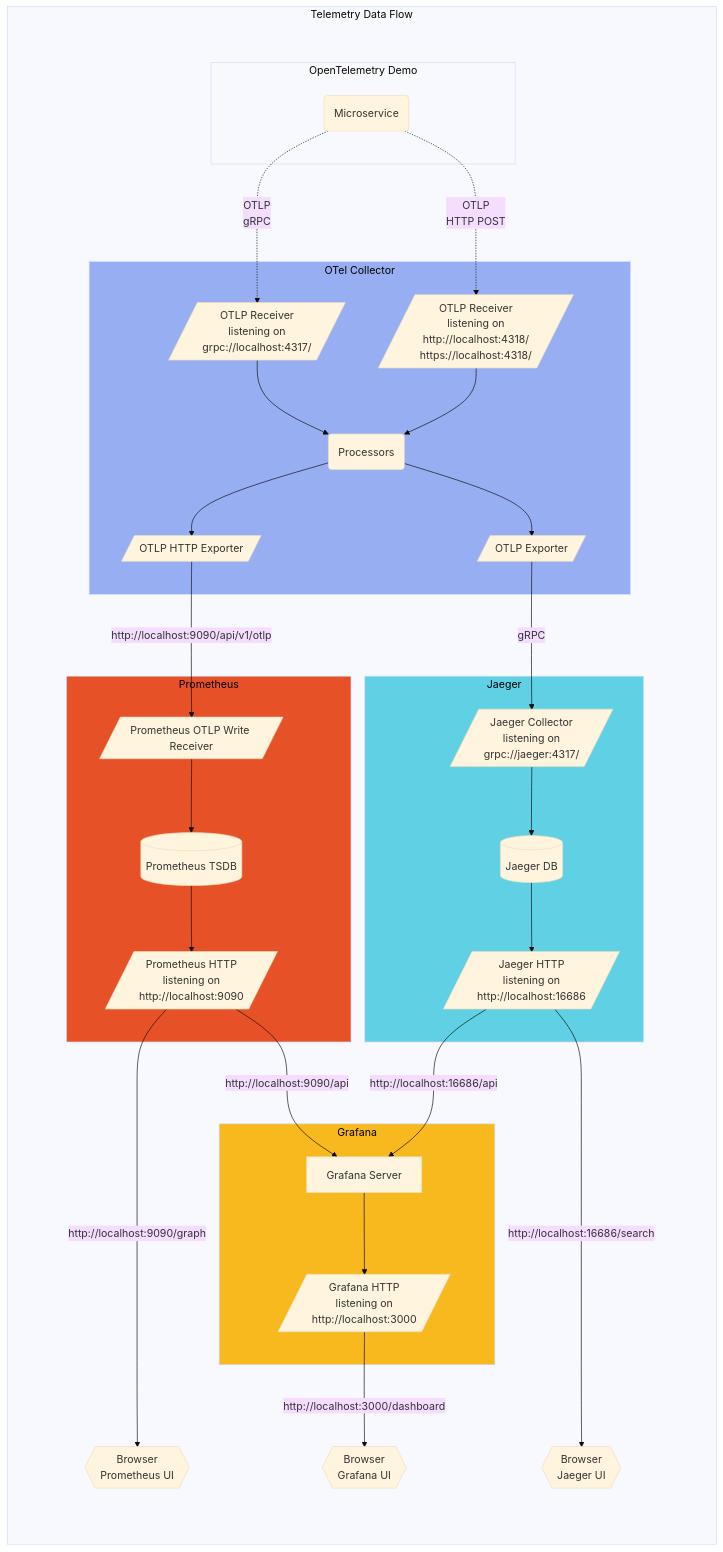
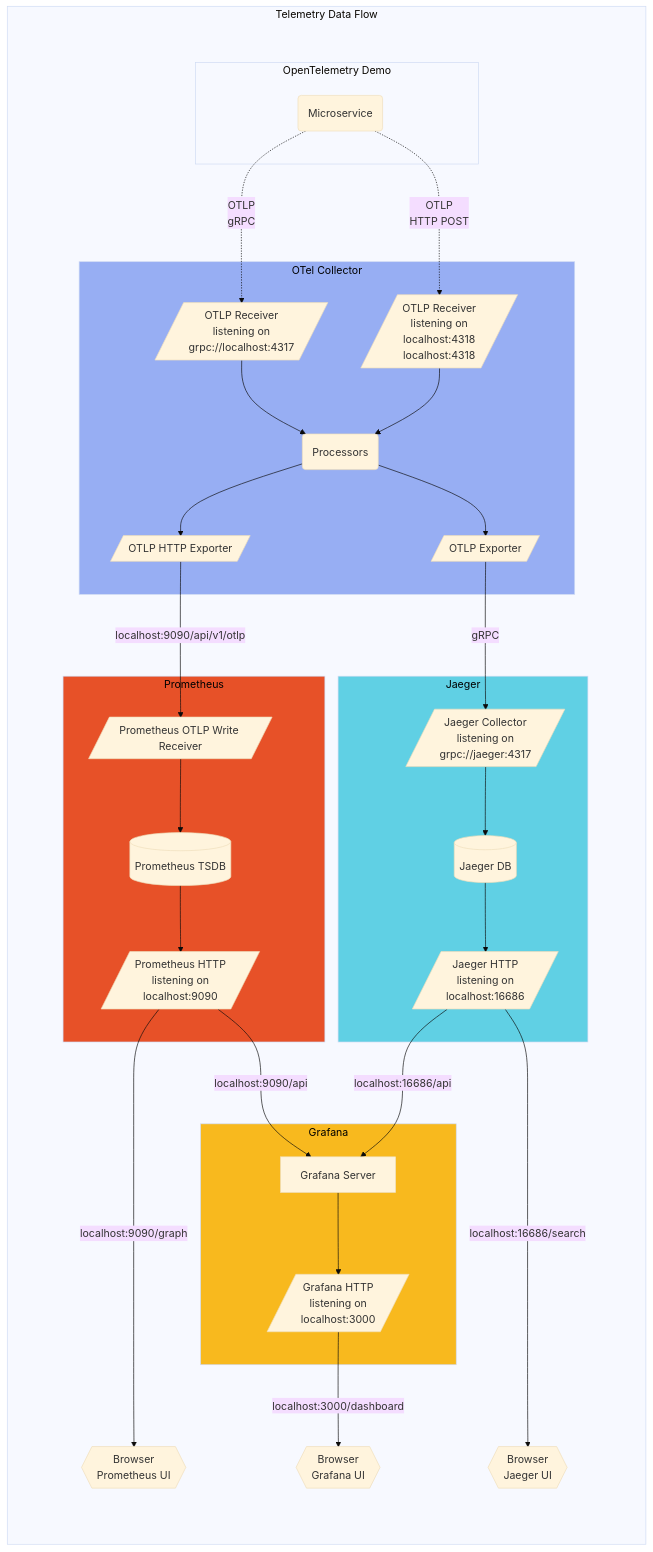
Before and after one commit to open-telemetry/opentelemetry.io: the third of 3 diagrams in content/en/docs/demo/architecture.md, drawn with Mermaid (base theme).

Commit message:
Update architecture.md to remove incompatible link notation from diagram

````diff
--- a/content/en/docs/demo/architecture.md
+++ b/content/en/docs/demo/architecture.md
@@ -116,73 +116,73 @@
 ```mermaid
 graph TB
 subgraph tdf[Telemetry Data Flow]
     subgraph subgraph_padding [ ]
         style subgraph_padding fill:none,stroke:none;
         %% padding to stop the titles clashing
         subgraph od[OpenTelemetry Demo]
         ms(Microservice)
         end
 
         ms -.->|"OTLP<br/>gRPC"| oc-grpc
         ms -.->|"OTLP<br/>HTTP POST"| oc-http
 
         subgraph oc[OTel Collector]
             style oc fill:#97aef3,color:black;
-            oc-grpc[/"OTLP Receiver<br/>listening on<br/>grpc://localhost:4317/"/]
-            oc-http[/"OTLP Receiver<br/>listening on <br/>http://localhost:4318/<br/>https://localhost:4318/"/]
+            oc-grpc[/"OTLP Receiver<br/>listening on<br/>grpc://localhost:4317"/]
+            oc-http[/"OTLP Receiver<br/>listening on <br/>localhost:4318<br/>localhost:4318"/]
             oc-proc(Processors)
             oc-prom[/"OTLP HTTP Exporter"/]
             oc-otlp[/"OTLP Exporter"/]
 
             oc-grpc --> oc-proc
             oc-http --> oc-proc
 
             oc-proc --> oc-prom
             oc-proc --> oc-otlp
         end
 
-        oc-prom -->|"http://localhost:9090/api/v1/otlp"| pr-sc
+        oc-prom -->|"localhost:9090/api/v1/otlp"| pr-sc
         oc-otlp -->|gRPC| ja-col
 
         subgraph pr[Prometheus]
             style pr fill:#e75128,color:black;
             pr-sc[/"Prometheus OTLP Write Receiver"/]
             pr-tsdb[(Prometheus TSDB)]
-            pr-http[/"Prometheus HTTP<br/>listening on<br/>http://localhost:9090"/]
+            pr-http[/"Prometheus HTTP<br/>listening on<br/>localhost:9090"/]
 
             pr-sc --> pr-tsdb
             pr-tsdb --> pr-http
         end
 
         pr-b{{"Browser<br/>Prometheus UI"}}
-        pr-http ---->|"http://localhost:9090/graph"| pr-b
+        pr-http ---->|"localhost:9090/graph"| pr-b
 
         subgraph ja[Jaeger]
             style ja fill:#60d0e4,color:black;
-            ja-col[/"Jaeger Collector<br/>listening on<br/>grpc://jaeger:4317/"/]
+            ja-col[/"Jaeger Collector<br/>listening on<br/>grpc://jaeger:4317"/]
             ja-db[(Jaeger DB)]
-            ja-http[/"Jaeger HTTP<br/>listening on<br/>http://localhost:16686"/]
+            ja-http[/"Jaeger HTTP<br/>listening on<br/>localhost:16686"/]
 
             ja-col --> ja-db
             ja-db --> ja-http
         end
 
         subgraph gr[Grafana]
             style gr fill:#f8b91e,color:black;
             gr-srv["Grafana Server"]
-            gr-http[/"Grafana HTTP<br/>listening on<br/>http://localhost:3000"/]
+            gr-http[/"Grafana HTTP<br/>listening on<br/>localhost:3000"/]
 
             gr-srv --> gr-http
         end
 
-        pr-http --> |"http://localhost:9090/api"| gr-srv
-        ja-http --> |"http://localhost:16686/api"| gr-srv
+        pr-http --> |"localhost:9090/api"| gr-srv
+        ja-http --> |"localhost:16686/api"| gr-srv
 
         ja-b{{"Browser<br/>Jaeger UI"}}
-        ja-http ---->|"http://localhost:16686/search"| ja-b
+        ja-http ---->|"localhost:16686/search"| ja-b
 
         gr-b{{"Browser<br/>Grafana UI"}}
-        gr-http -->|"http://localhost:3000/dashboard"| gr-b
+        gr-http -->|"localhost:3000/dashboard"| gr-b
     end
 end
 ```
````
